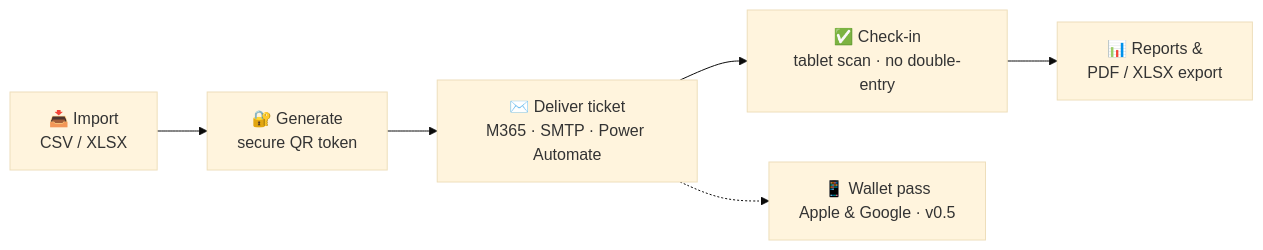
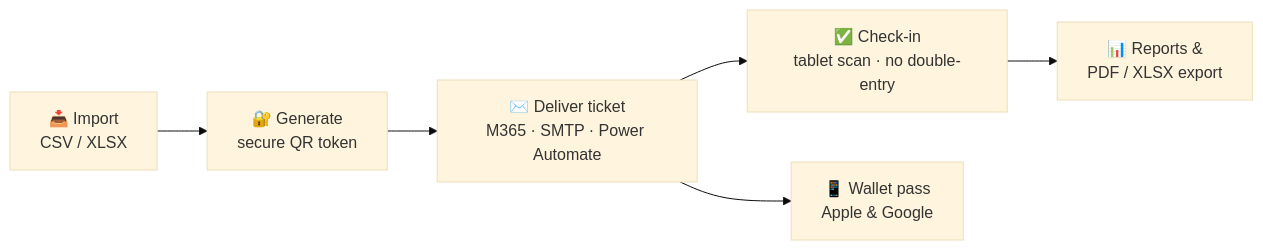
The diagram in README.md (solarssk/admitto), drawn with Mermaid (base theme) before and after one commit. The commit also changed other lines of this file and 6 other files, not shown here.

````diff
--- a/README.md
+++ b/README.md
@@ -53,8 +53,8 @@
 ```mermaid
 flowchart LR
     A["📥 Import\nCSV / XLSX"] --> B["🔐 Generate\nsecure QR token"]
     B --> C["✉️ Deliver ticket\nM365 · SMTP · Power Automate"]
     C --> E["✅ Check-in\ntablet scan · no double-entry"]
     E --> F["📊 Reports &\nPDF / XLSX export"]
-    C -.-> D["📱 Wallet pass\nApple & Google · v0.5"]
+    C --> D["📱 Wallet pass\nApple & Google"]
 ```
````
